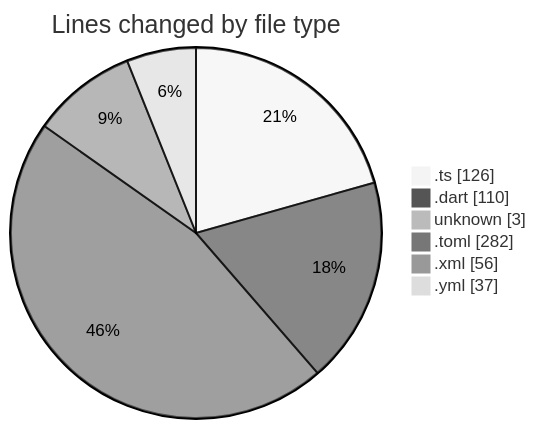
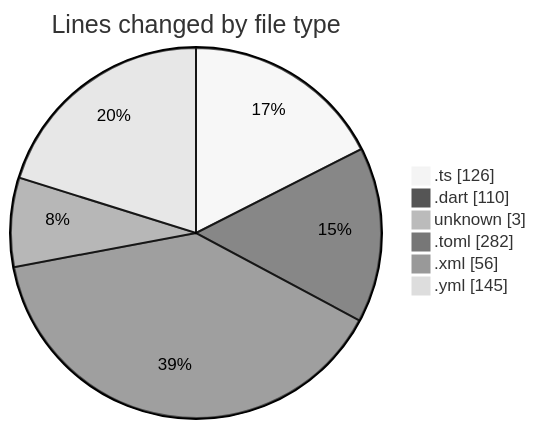
Before and after one commit to donsfak/code-tracking: the first of 2 diagrams in 2025-02-09/maps_clone/README.md, drawn with Mermaid (neutral theme). The commit also changed other lines of this file and 1 other file, not shown here.

````diff
--- a/2025-02-09/maps_clone/README.md
+++ b/2025-02-09/maps_clone/README.md
@@ -26,10 +26,10 @@
 ```mermaid
 pie showData
 title Lines changed by file type
 ".ts" : 126
 ".dart" : 110
 "unknown" : 3
 ".toml" : 282
 ".xml" : 56
-".yml" : 37
+".yml" : 145
 ```
````
